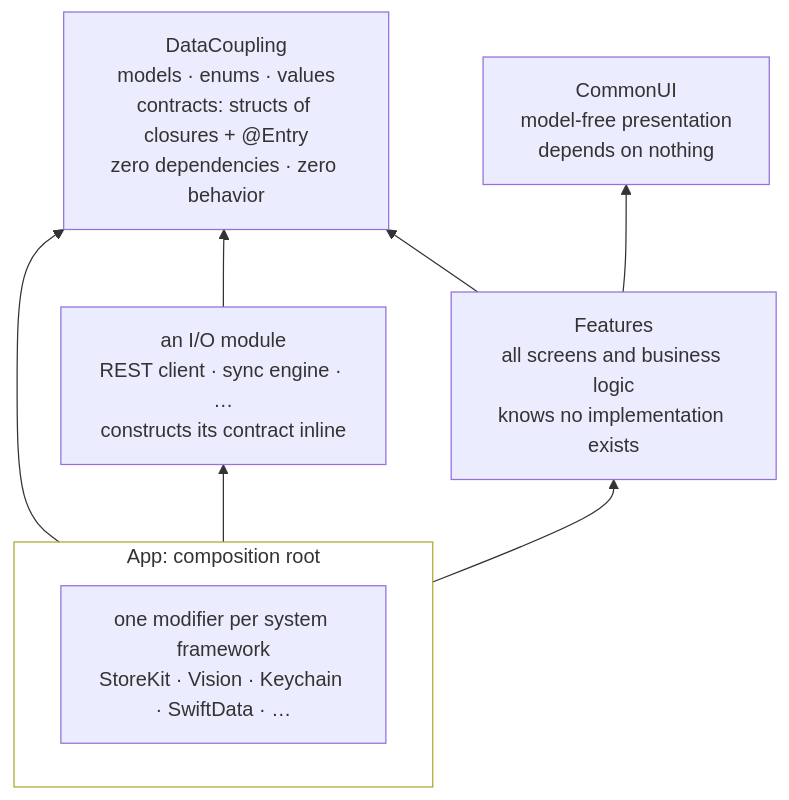
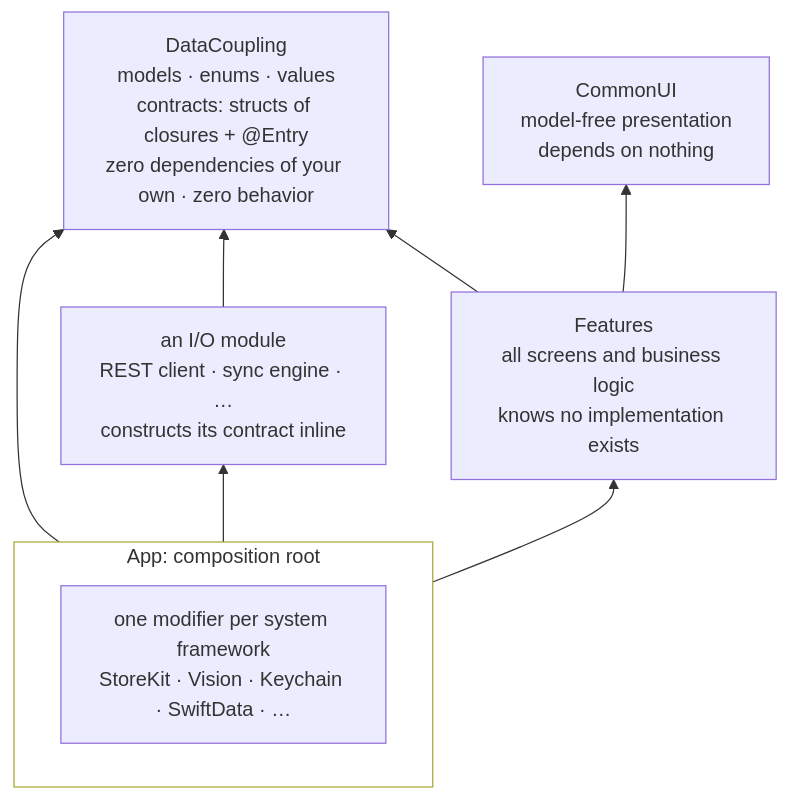
The diagram in data-coupling/references/modules.md (sisoje/hypermodular), drawn with Mermaid before and after one commit. The commit also changed 2 other files, not shown here.

Commit message:
Three-module run: the map tree per node, the layer's zero dependencies of your own, UnstructuredTask logs task

````diff
--- a/data-coupling/references/modules.md
+++ b/data-coupling/references/modules.md
@@ -181,19 +181,19 @@
 ```mermaid
 flowchart BT
-    Data["DataCoupling<br/>models · enums · values<br/>contracts: structs of closures + @Entry<br/>zero dependencies · zero behavior"]
+    Data["DataCoupling<br/>models · enums · values<br/>contracts: structs of closures + @Entry<br/>zero dependencies of your own · zero behavior"]
     Features["Features<br/>all screens and business logic<br/>knows no implementation exists"]
     CommonUI["CommonUI<br/>model-free presentation<br/>depends on nothing"]
     IO["an I/O module<br/>REST client · sync engine · …<br/>constructs its contract inline"]
     subgraph App["App: composition root"]
         direction LR
         Inj["one modifier per system framework<br/>StoreKit · Vision · Keychain · SwiftData · …"]
     end
     Features --> Data
     Features --> CommonUI
     IO --> Data
     Inj --> Data
     App --> Features
     App --> IO
     classDef plain fill:none
     class App plain
 ```
````
